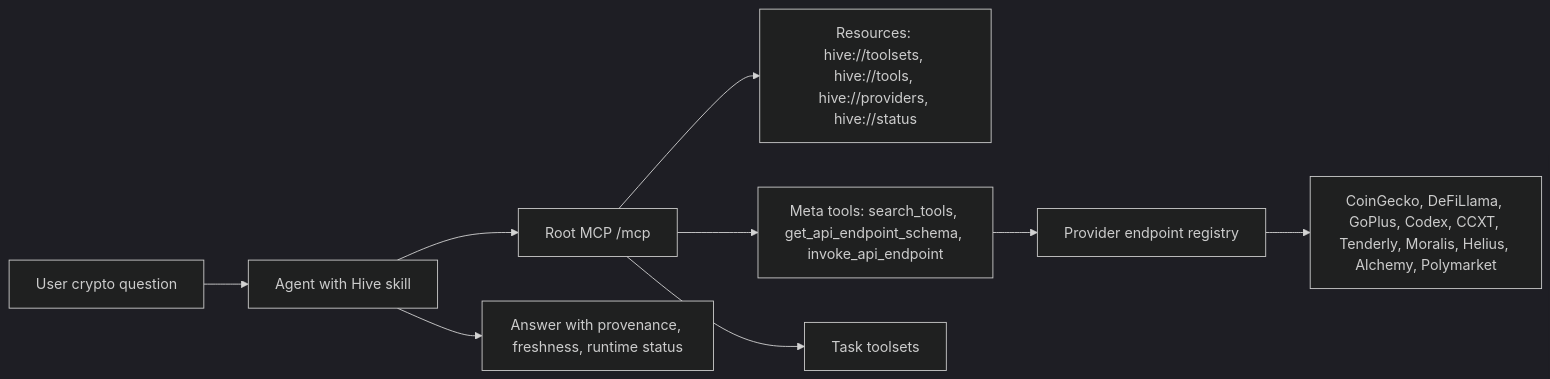
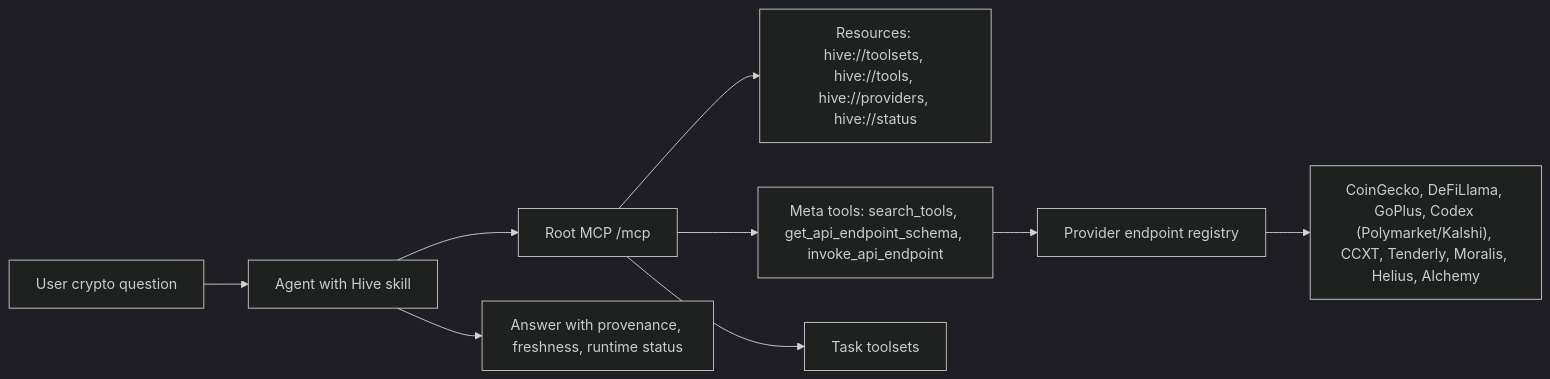
The diagram in skills/hive-query/references/root-mcp-workflow.md (hive-intel/hive-skills), drawn with Mermaid (dark theme) before and after one commit. The commit also changed 8 other files, not shown here.

````diff
--- a/skills/hive-query/references/root-mcp-workflow.md
+++ b/skills/hive-query/references/root-mcp-workflow.md
@@ -9,11 +9,11 @@
 ```mermaid
 flowchart LR
   User["User crypto question"] --> Agent["Agent with Hive skill"]
   Agent --> Root["Root MCP /mcp"]
   Root --> Resources["Resources: hive://toolsets, hive://tools, hive://providers, hive://status"]
   Root --> MetaTools["Meta tools: search_tools, get_api_endpoint_schema, invoke_api_endpoint"]
   Root --> Toolsets["Task toolsets"]
   MetaTools --> Registry["Provider endpoint registry"]
-  Registry --> Providers["CoinGecko, DeFiLlama, GoPlus, Codex, CCXT, Tenderly, Moralis, Helius, Alchemy, Polymarket"]
+  Registry --> Providers["CoinGecko, DeFiLlama, GoPlus, Codex (Polymarket/Kalshi), CCXT, Tenderly, Moralis, Helius, Alchemy"]
   Agent --> Answer["Answer with provenance, freshness, runtime status"]
 ```
````
